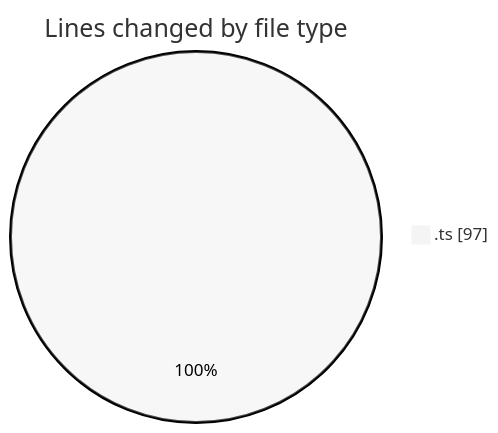
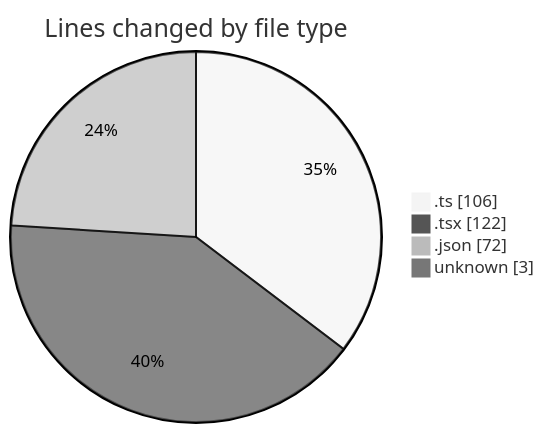
The first of 2 diagrams in 2025-02-13/pdf-analysis-app/README.md (momahboobian/code-tracking), drawn with Mermaid (neutral theme) before and after one commit. The commit also changed other lines of this file and 1 other file, not shown here.

````diff
--- a/2025-02-13/pdf-analysis-app/README.md
+++ b/2025-02-13/pdf-analysis-app/README.md
@@ -21,5 +24,8 @@
 ```mermaid
 pie showData
 title Lines changed by file type
-".ts" : 97
+".ts" : 106
+".tsx" : 122
+".json" : 72
+"unknown" : 3
 ```
````
